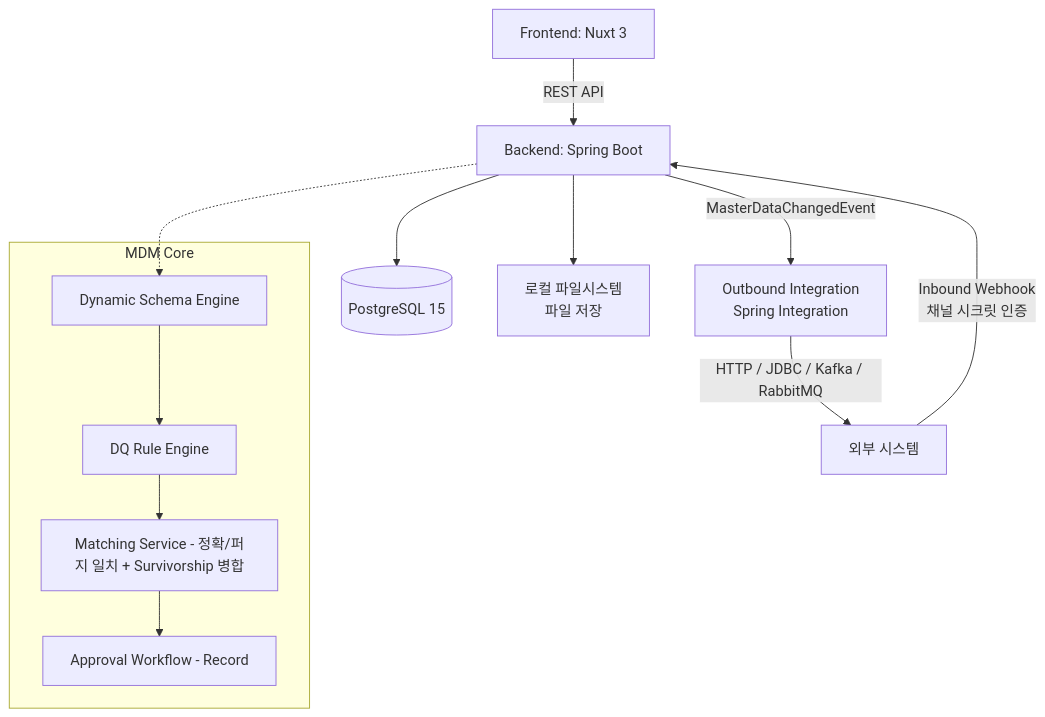
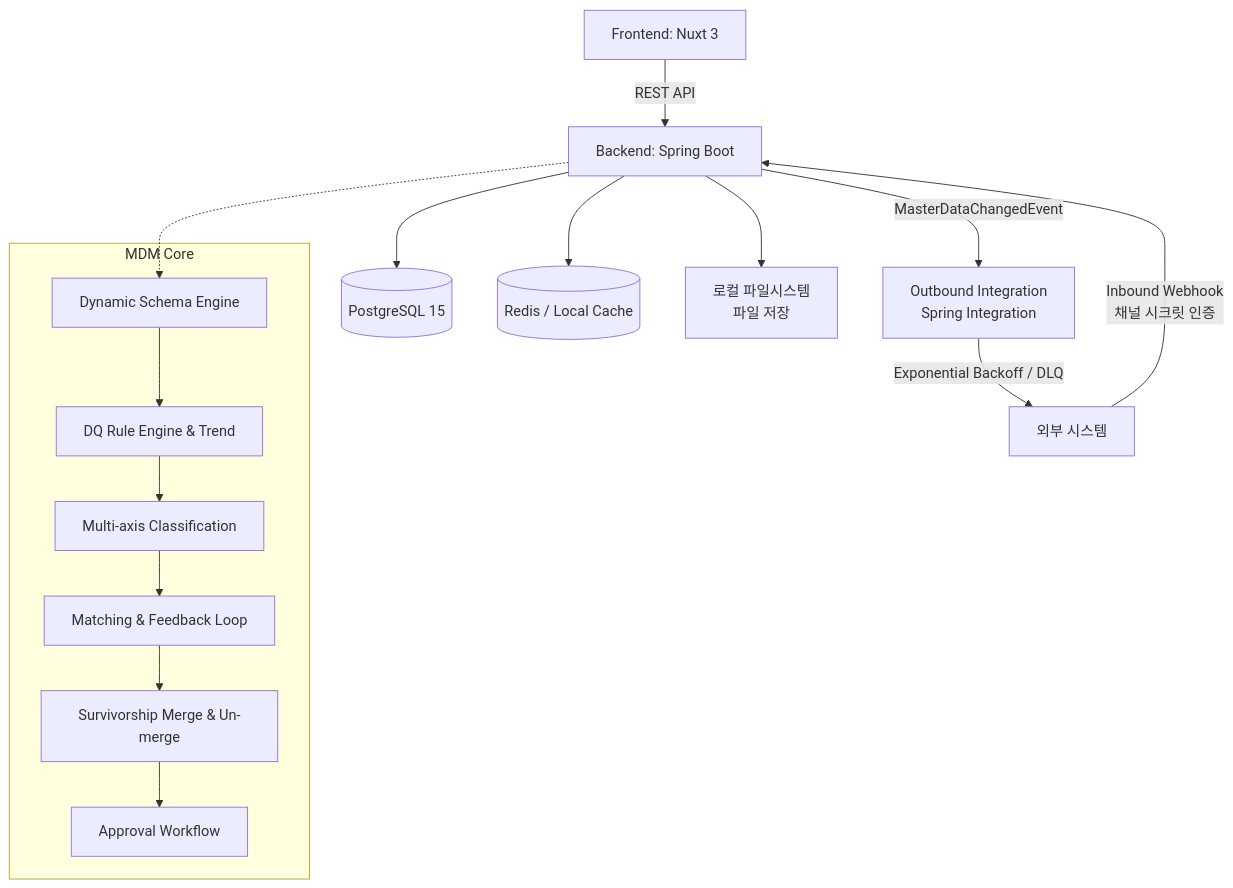
One commit to Profavor/mplatform changed the diagram in README.md. Above: the diagram before and after it, drawn with Mermaid. The commit also changed other lines of this file and 67 other files, not shown here.

Commit message:
feat: Implement MDM enhancements (Un-merge, Match Feedback, DQ Trend, Excel Batch Validation, Multi-axis Classification, Integration Backoff & DLQ, EffectiveFields Caching) and update specs & README

````diff
--- a/README.md
+++ b/README.md
@@ -14,18 +14,21 @@
 ```mermaid
 graph TD
     A[Frontend: Nuxt 3] -->|REST API| B[Backend: Spring Boot]
     B --> C[(PostgreSQL 15)]
+    B --> R[(Redis / Local Cache)]
     B --> FS[로컬 파일시스템<br/>파일 저장]
     EXT[외부 시스템] -->|Inbound Webhook<br/>채널 시크릿 인증| B
     B -->|MasterDataChangedEvent| OUT[Outbound Integration<br/>Spring Integration]
-    OUT -->|HTTP / JDBC / Kafka / RabbitMQ| EXT
+    OUT -->|Exponential Backoff / DLQ| EXT
 
     subgraph MDM Core
         S1[Dynamic Schema Engine]
-        S2[DQ Rule Engine]
-        S3[Matching Service - 정확/퍼지 일치 + Survivorship 병합]
-        S4[Approval Workflow - Record]
-        S1 --> S2 --> S3 --> S4
+        S2[DQ Rule Engine & Trend]
+        S3[Multi-axis Classification]
+        S4[Matching & Feedback Loop]
+        S5[Survivorship Merge & Un-merge]
+        S6[Approval Workflow]
+        S1 --> S2 --> S3 --> S4 --> S5 --> S6
     end
     B -.-> S1
 ```
````
